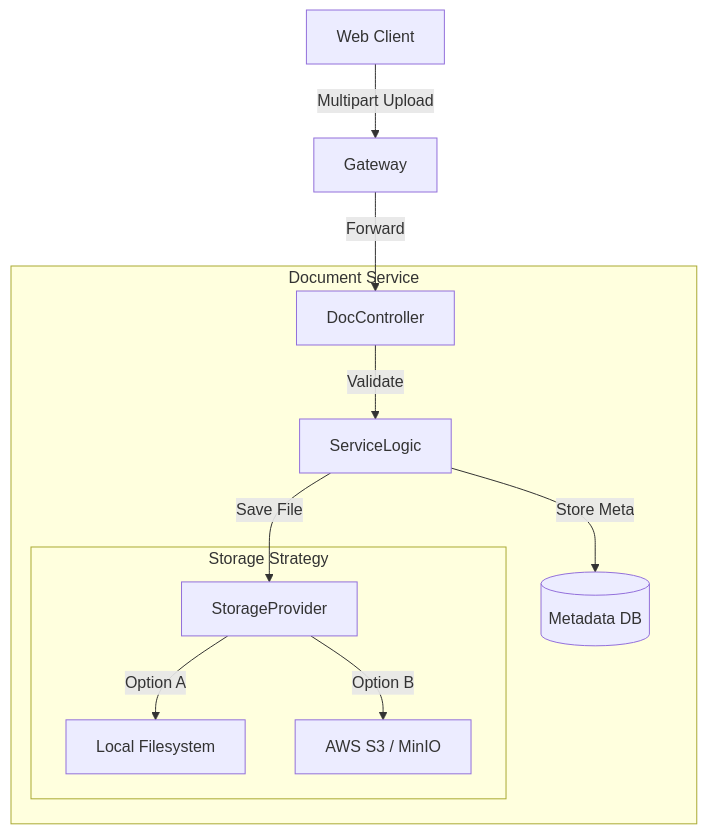
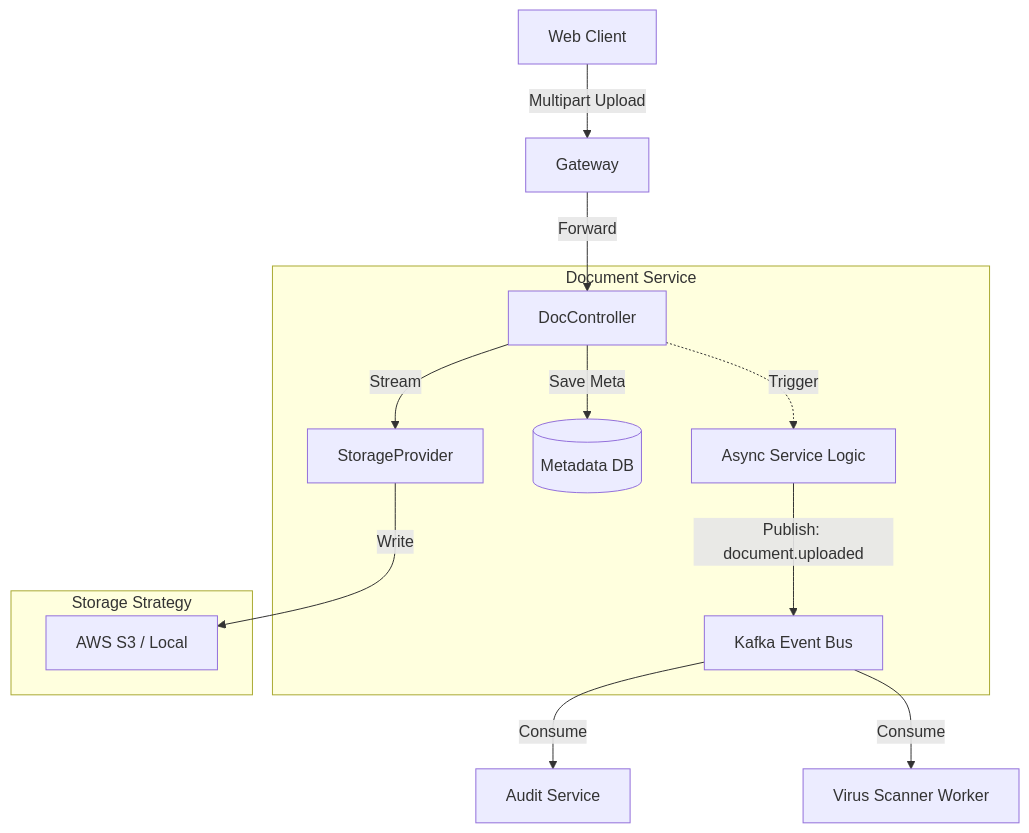
Before and after one commit to Itskindavenven/e-procurement-thesis: the diagram in services/1docs/Document/ARCHITECTURE.md, drawn with Mermaid. The commit also changed other lines of this file and 15 other files, not shown here.

````diff
--- a/services/1docs/Document/ARCHITECTURE.md
+++ b/services/1docs/Document/ARCHITECTURE.md
@@ -5,16 +7,21 @@
 ```mermaid
 graph TD
     Client[Web Client] -->|Multipart Upload| Gateway
     Gateway -->|Forward| DocController
 
     subgraph "Document Service"
-        DocController -->|Validate| ServiceLogic
-        ServiceLogic -->|Store Meta| MetaDB[(Metadata DB)]
-        ServiceLogic -->|Save File| StorageProvider
+        DocController -->|Stream| StorageProvider
+        DocController -->|Save Meta| MetaDB[(Metadata DB)]
         
-        subgraph "Storage Strategy"
-            StorageProvider -->|Option A| LocalFS[Local Filesystem]
-            StorageProvider -->|Option B| S3[AWS S3 / MinIO]
-        end
+        ServiceLogic[Async Service Logic]
+        DocController -.->|Trigger| ServiceLogic
+        ServiceLogic -->|Publish: document.uploaded| Kafka[Kafka Event Bus]
     end
+    
+    subgraph "Storage Strategy"
+        StorageProvider -->|Write| S3[AWS S3 / Local]
+    end
+    
+    Kafka -->|Consume| Audit[Audit Service]
+    Kafka -->|Consume| VirusScan[Virus Scanner Worker]
 ```
````
